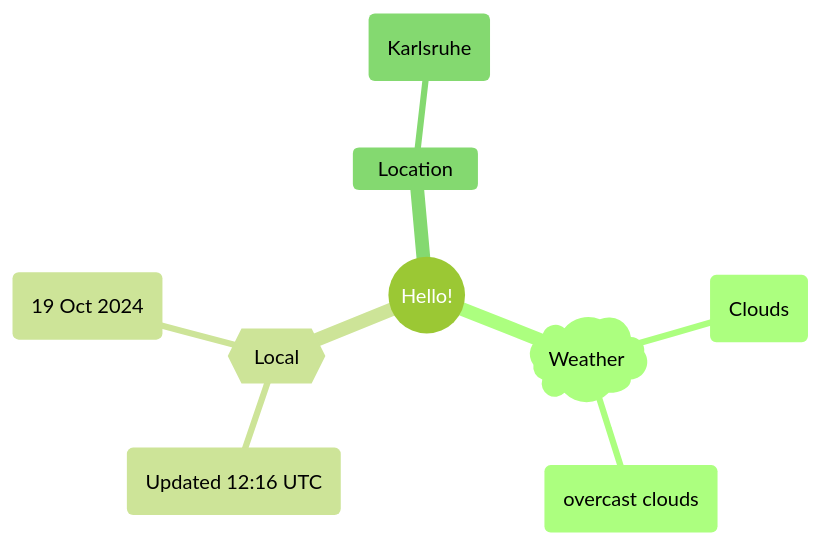
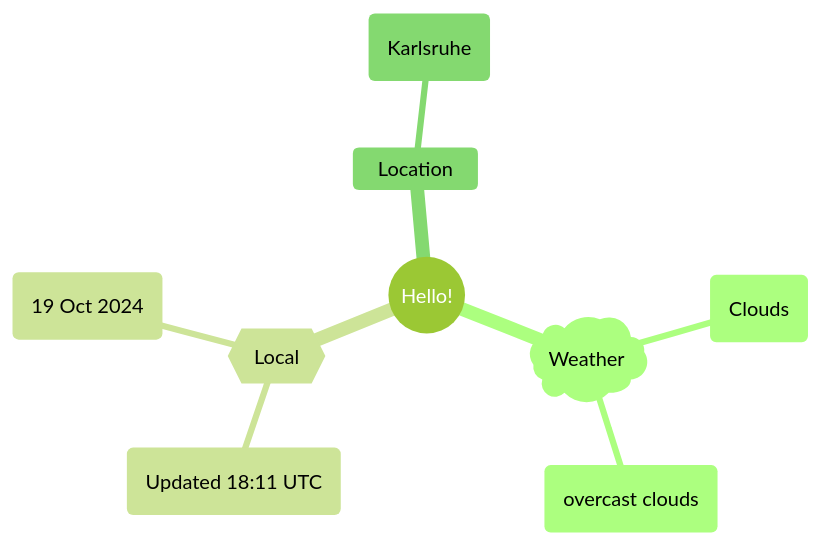
Before and after one commit to Xosrov/Xosrov: the first of 2 diagrams in README.md, drawn with Mermaid (forest theme).

Commit message:
[bot] updated images

````diff
--- a/README.md
+++ b/README.md
@@ -3,12 +3,12 @@
 ```mermaid
 mindmap
   root((Hello!))
     )Weather(
         (Clouds)
         (overcast clouds)
     {{Local}}
-        (Updated 12:16 UTC)
+        (Updated 18:11 UTC)
         (19 Oct 2024)
     Location
         (Karlsruhe)
 ```
````
